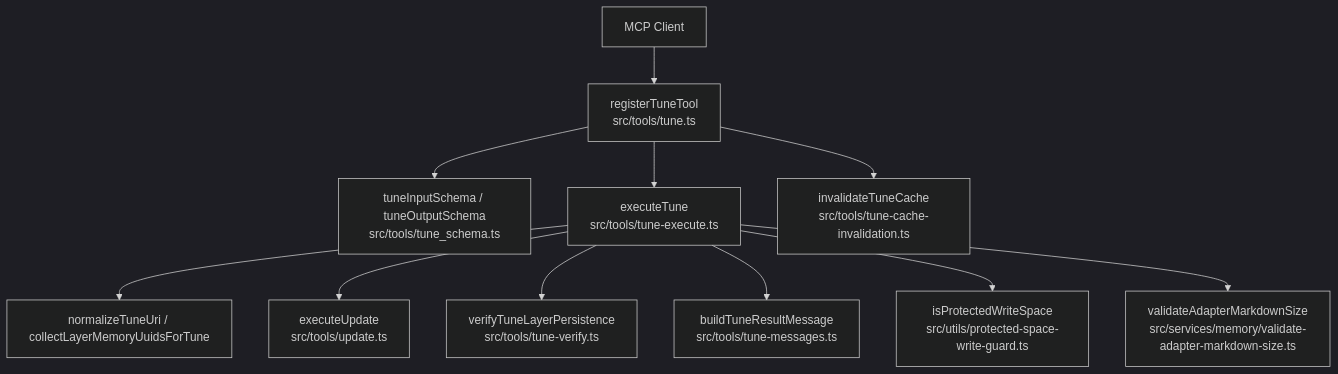
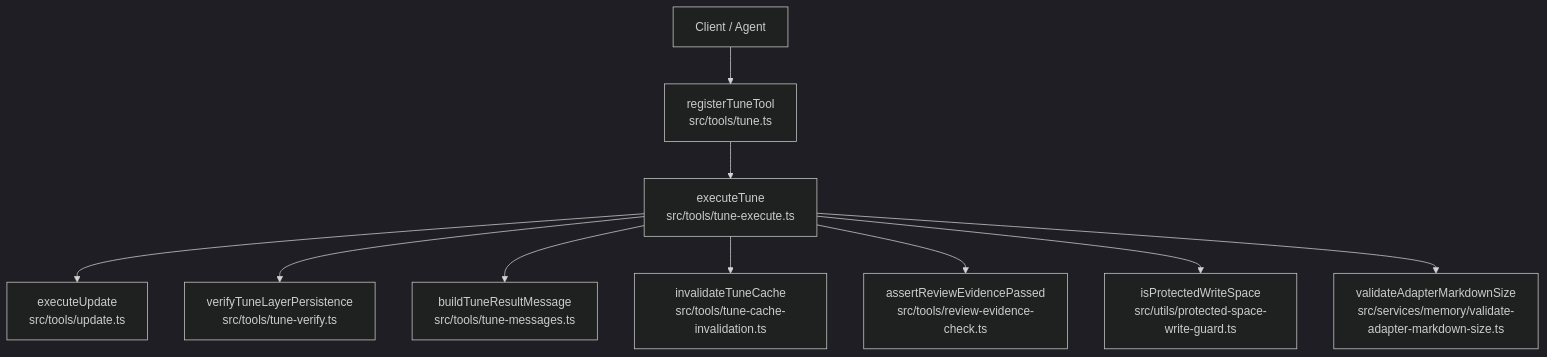
The first of 6 diagrams in .qoder/repowiki/en/content/MCP Tools Reference/Tune Tool.md (SquadRules/mcp), drawn with Mermaid (dark theme) before and after one commit. The commit also changed other lines of this file and 553 other files, not shown here.

````diff
--- a/.qoder/repowiki/en/content/MCP Tools Reference/Tune Tool.md
+++ b/.qoder/repowiki/en/content/MCP Tools Reference/Tune Tool.md
@@ -45,13 +43,12 @@
 ```mermaid
 graph TB
-Client["MCP Client"] --> Register["registerTuneTool<br/>src/tools/tune.ts"]
-Register --> Schema["tuneInputSchema / tuneOutputSchema<br/>src/tools/tune_schema.ts"]
-Register --> Execute["executeTune<br/>src/tools/tune-execute.ts"]
-Execute --> Normalize["normalizeTuneUri / collectLayerMemoryUuidsForTune"]
-Execute --> Update["executeUpdate<br/>src/tools/update.ts"]
-Execute --> Verify["verifyTuneLayerPersistence<br/>src/tools/tune-verify.ts"]
-Execute --> Messages["buildTuneResultMessage<br/>src/tools/tune-messages.ts"]
-Execute --> SpaceGuard["isProtectedWriteSpace<br/>src/utils/protected-space-write-guard.ts"]
-Execute --> SizeCheck["validateAdapterMarkdownSize<br/>src/services/memory/validate-adapter-markdown-size.ts"]
-Register --> Cache["invalidateTuneCache<br/>src/tools/tune-cache-invalidation.ts"]
+Client["Client / Agent"] --> RegisterTune["registerTuneTool<br/>src/tools/tune.ts"]
+RegisterTune --> ExecuteTune["executeTune<br/>src/tools/tune-execute.ts"]
+ExecuteTune --> Update["executeUpdate<br/>src/tools/update.ts"]
+ExecuteTune --> Verify["verifyTuneLayerPersistence<br/>src/tools/tune-verify.ts"]
+ExecuteTune --> Messages["buildTuneResultMessage<br/>src/tools/tune-messages.ts"]
+ExecuteTune --> CacheInvalidation["invalidateTuneCache<br/>src/tools/tune-cache-invalidation.ts"]
+ExecuteTune --> ReviewEvidence["assertReviewEvidencePassed<br/>src/tools/review-evidence-check.ts"]
+ExecuteTune --> ProtectedSpace["isProtectedWriteSpace<br/>src/utils/protected-space-write-guard.ts"]
+ExecuteTune --> SizeValidation["validateAdapterMarkdownSize<br/>src/services/memory/validate-adapter-markdown-size.ts"]
 ```
````
